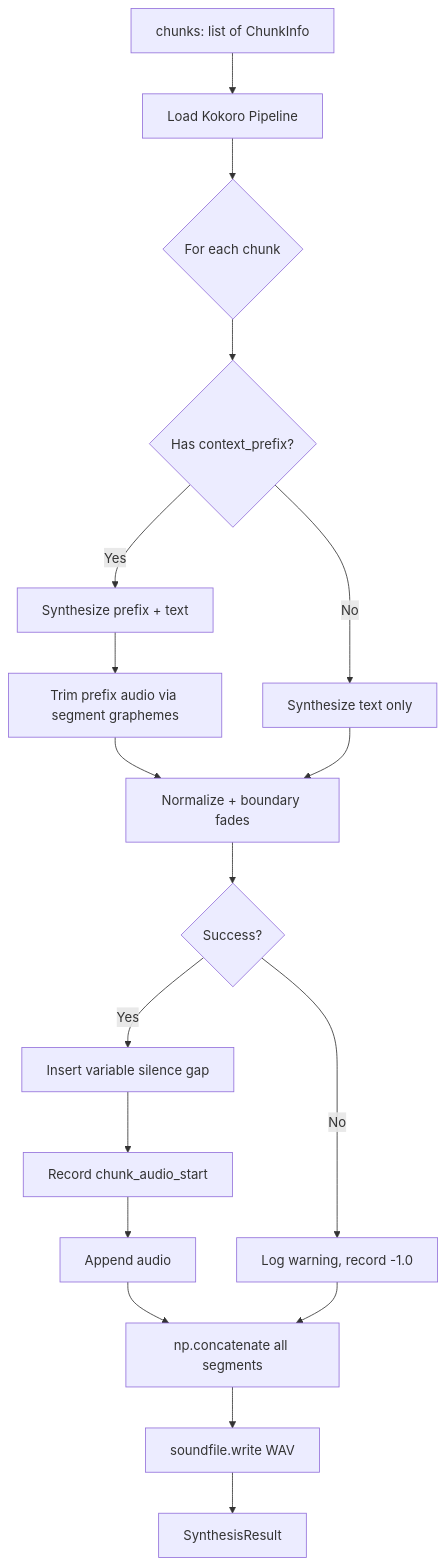
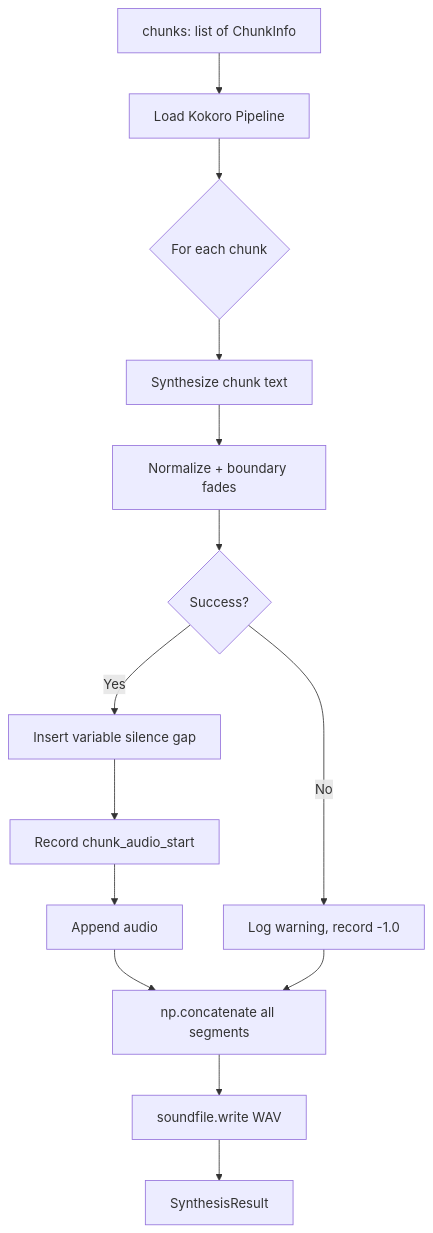
Before and after one commit to jkoeh/openshelf: the diagram in pipeline/docs/step3-tts.md, drawn with Mermaid. The commit also changed other lines of this file and 9 other files, not shown here.

First line of the commit message:
Pipeline: drop context-prefix overlap to fix word-sync drift

````diff
--- a/pipeline/docs/step3-tts.md
+++ b/pipeline/docs/step3-tts.md
@@ -10,20 +10,16 @@
 ```mermaid
 graph TD
     A[chunks: list of ChunkInfo] --> B[Load Kokoro Pipeline]
     B --> C{For each chunk}
-    C --> D{Has context_prefix?}
-    D -->|Yes| E[Synthesize prefix + text]
-    E --> F[Trim prefix audio via segment graphemes]
-    D -->|No| G[Synthesize text only]
-    F --> H[Normalize + boundary fades]
-    G --> H
+    C --> G[Synthesize chunk text]
+    G --> H[Normalize + boundary fades]
     H --> I{Success?}
     I -->|Yes| J[Insert variable silence gap]
     J --> K[Record chunk_audio_start]
     K --> L[Append audio]
     I -->|No| M[Log warning, record -1.0]
     L --> N[np.concatenate all segments]
     M --> N
     N --> O[soundfile.write WAV]
     O --> P[SynthesisResult]
 ```
````
